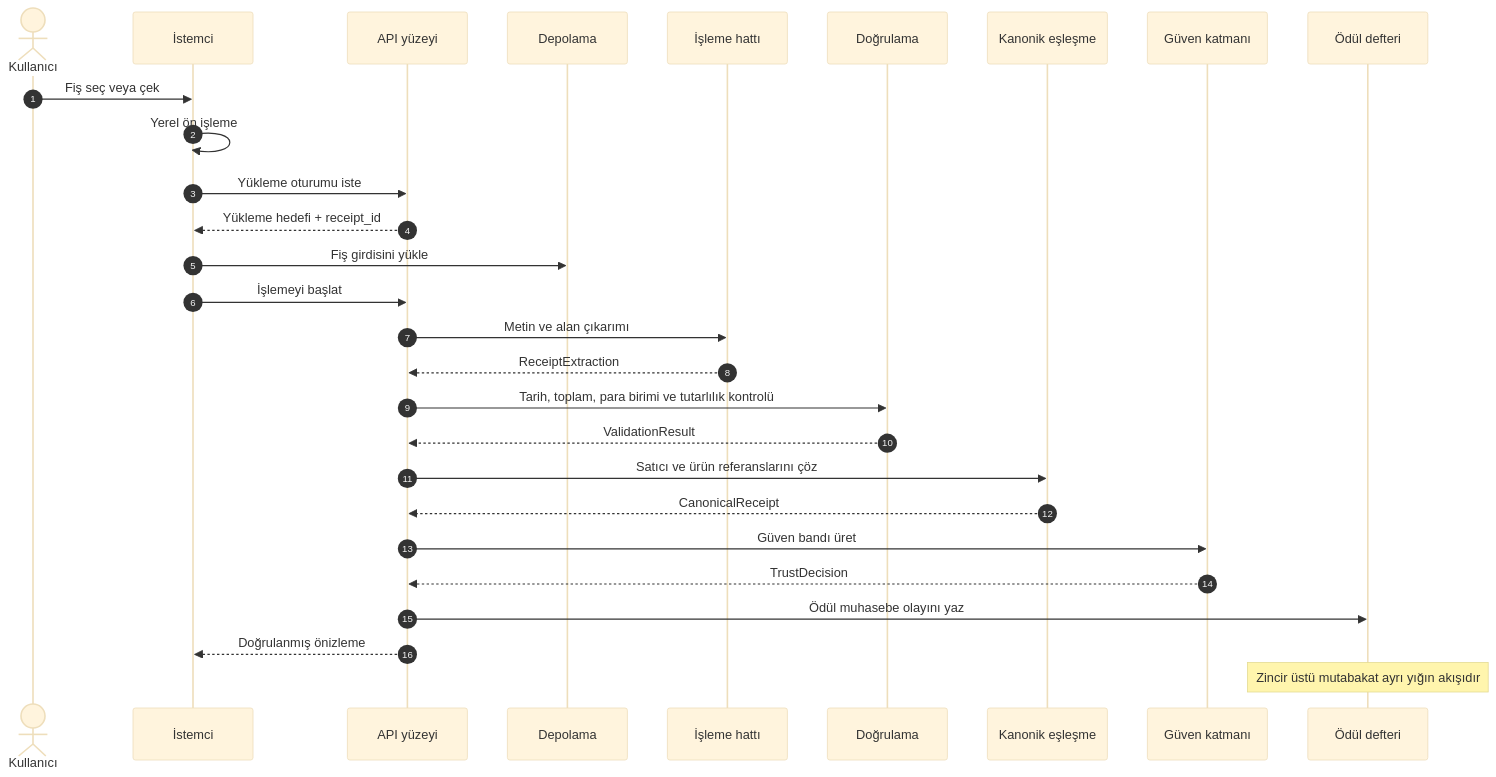
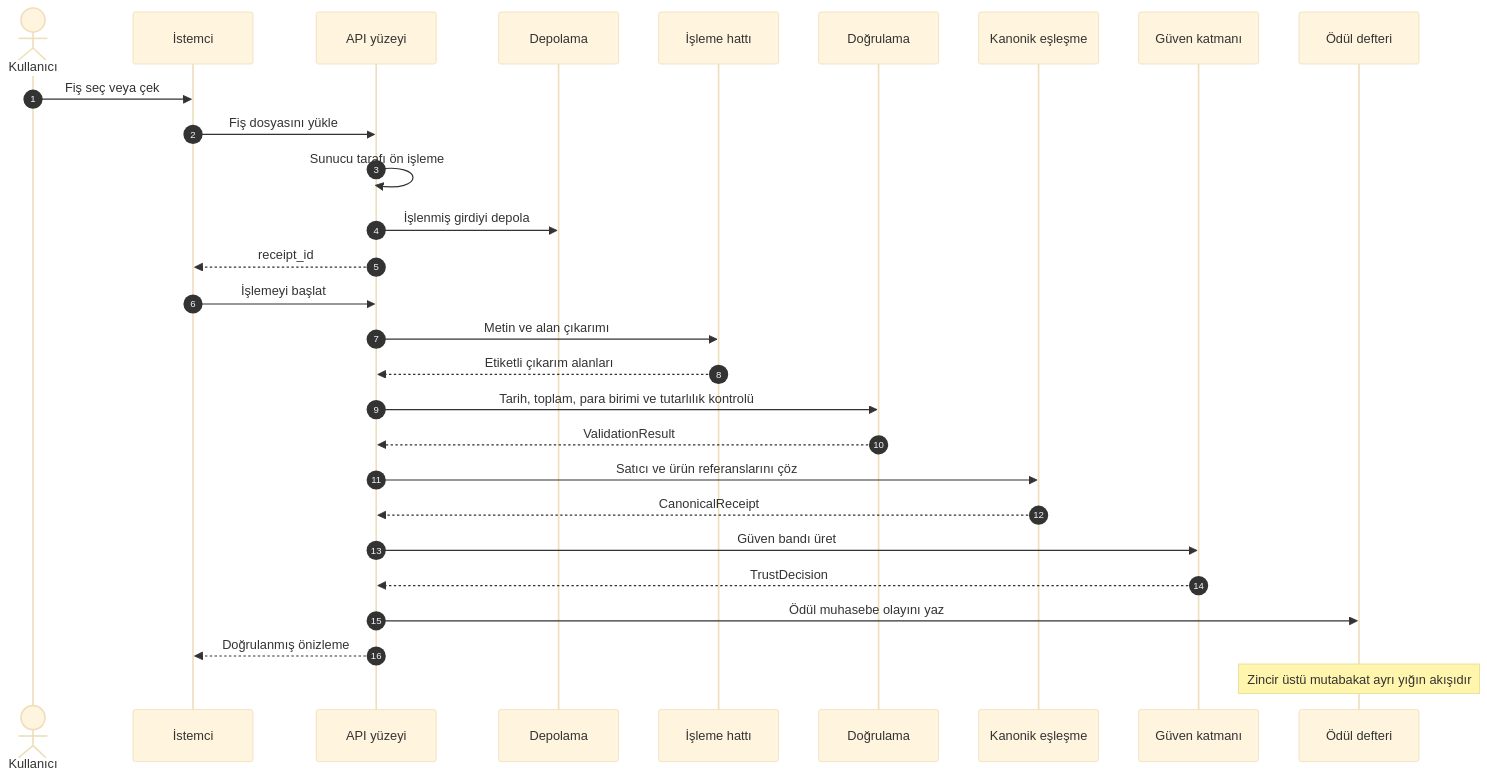
One commit to Yumo-Yumo-Inc/yumoyumohq changed the diagram in content/technical-paper/tr/02-receipt-pipeline/01-overview.md. Above: the diagram before and after it, drawn with Mermaid (base theme). The commit also changed 1048 other files, not shown here.

````diff
--- a/content/technical-paper/tr/02-receipt-pipeline/01-overview.md
+++ b/content/technical-paper/tr/02-receipt-pipeline/01-overview.md
@@ -19,31 +19,31 @@
 ```mermaid
 sequenceDiagram
     autonumber
     actor U as Kullanıcı
     participant C as İstemci
     participant API as API yüzeyi
     participant S as Depolama
     participant P as İşleme hattı
     participant V as Doğrulama
     participant M as Kanonik eşleşme
     participant T as Güven katmanı
     participant L as Ödül defteri
 
     U->>C: Fiş seç veya çek
-    C->>C: Yerel ön işleme
-    C->>API: Yükleme oturumu iste
-    API-->>C: Yükleme hedefi + receipt_id
-    C->>S: Fiş girdisini yükle
+    C->>API: Fiş dosyasını yükle
+    API->>API: Sunucu tarafı ön işleme
+    API->>S: İşlenmiş girdiyi depola
+    API-->>C: receipt_id
     C->>API: İşlemeyi başlat
     API->>P: Metin ve alan çıkarımı
-    P-->>API: ReceiptExtraction
+    P-->>API: Etiketli çıkarım alanları
     API->>V: Tarih, toplam, para birimi ve tutarlılık kontrolü
     V-->>API: ValidationResult
     API->>M: Satıcı ve ürün referanslarını çöz
     M-->>API: CanonicalReceipt
     API->>T: Güven bandı üret
     T-->>API: TrustDecision
     API->>L: Ödül muhasebe olayını yaz
     API-->>C: Doğrulanmış önizleme
     Note over L: Zincir üstü mutabakat ayrı yığın akışıdır
 ```
````
